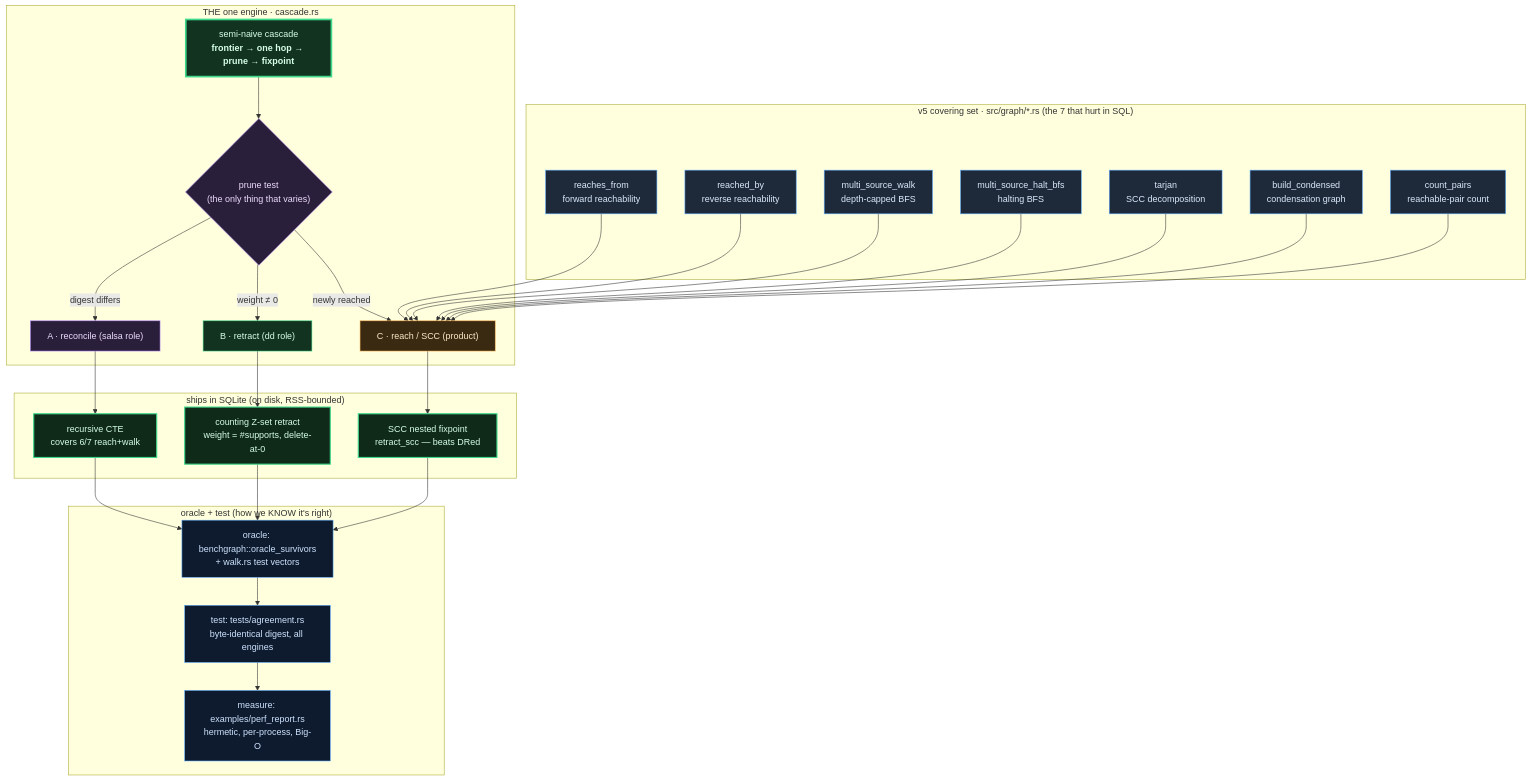
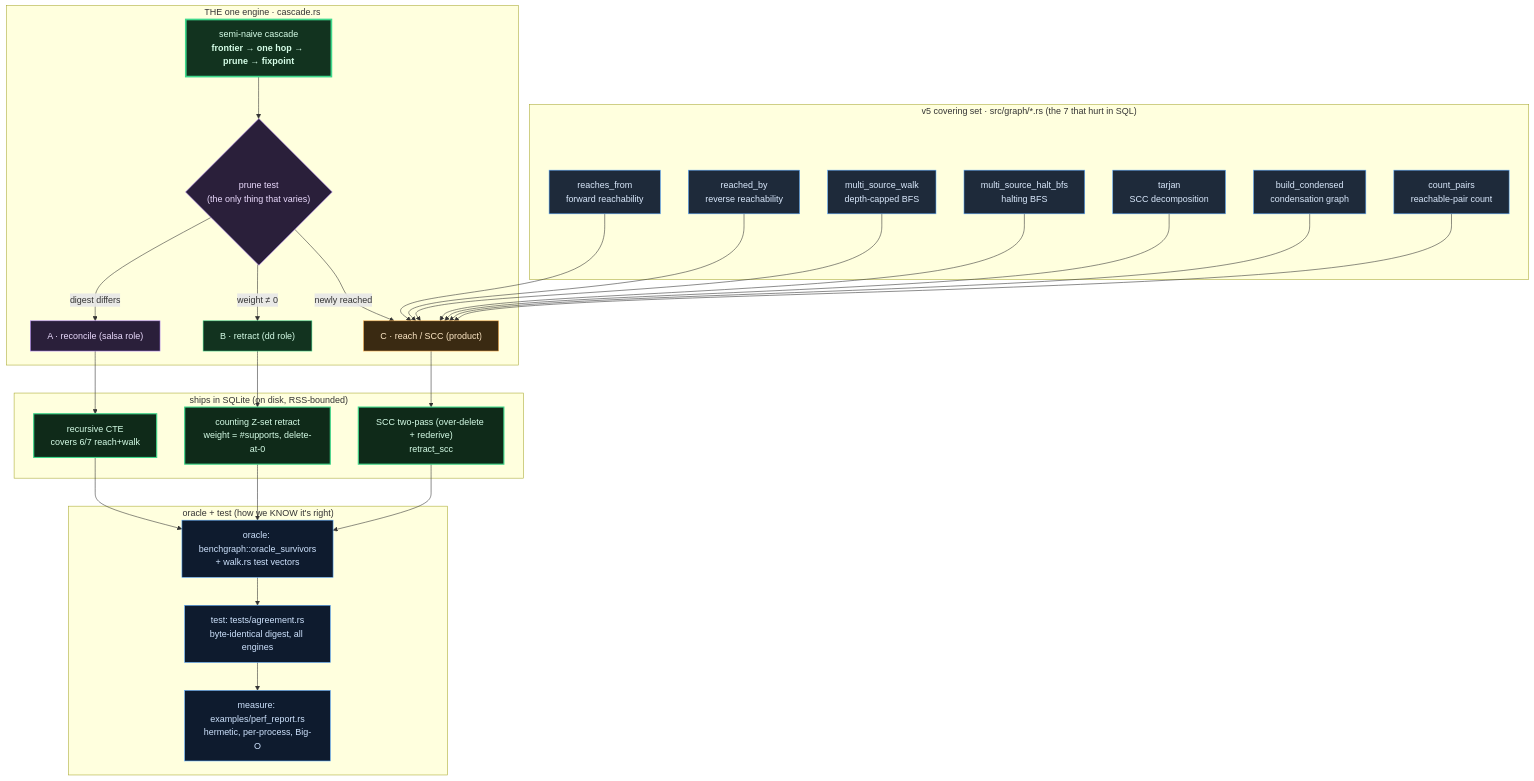
The first of 3 diagrams in v6/MAP.md (hafley66/sprefa), drawn with Mermaid before and after one commit. The commit also changed other lines of this file and 7574 other files, not shown here.

````diff
--- a/v6/MAP.md
+++ b/v6/MAP.md
@@ -46,51 +46,51 @@
 ```mermaid
 flowchart TB
     subgraph V5["v5 covering set · src/graph/*.rs (the 7 that hurt in SQL)"]
         f1["reaches_from<br/>forward reachability"]:::fn
         f2["reached_by<br/>reverse reachability"]:::fn
         f3["multi_source_walk<br/>depth-capped BFS"]:::fn
         f4["multi_source_halt_bfs<br/>halting BFS"]:::fn
         f5["tarjan<br/>SCC decomposition"]:::fn
         f6["build_condensed<br/>condensation graph"]:::fn
         f7["count_pairs<br/>reachable-pair count"]:::fn
     end
 
     subgraph ENG["THE one engine · cascade.rs"]
         CAS["semi-naive cascade<br/><b>frontier → one hop → prune → fixpoint</b>"]:::eng
         PR{"prune test<br/>(the only thing that varies)"}:::ctl
         CAS --> PR
         PR -->|digest differs| PA["A · reconcile (salsa role)"]:::ctlN
         PR -->|weight ≠ 0| PB["B · retract (dd role)"]:::factN
         PR -->|newly reached| PC["C · reach / SCC (product)"]:::reachN
     end
 
     subgraph SHIP["ships in SQLite (on disk, RSS-bounded)"]
         s1["recursive CTE<br/>covers 6/7 reach+walk"]:::win
         s2["counting Z-set retract<br/>weight = #supports, delete-at-0"]:::win
-        s3["SCC nested fixpoint<br/>retract_scc — beats DRed"]:::win
+        s3["SCC two-pass (over-delete + rederive)<br/>retract_scc"]:::win
     end
 
     subgraph CHK["oracle + test (how we KNOW it's right)"]
         O1["oracle: benchgraph::oracle_survivors<br/>+ walk.rs test vectors"]:::oracle
         T1["test: tests/agreement.rs<br/>byte-identical digest, all engines"]:::test
         M1["measure: examples/perf_report.rs<br/>hermetic, per-process, Big-O"]:::test
     end
 
     f1 & f2 & f3 & f4 --> PC
     f5 & f6 --> PC
     f7 --> PC
     PA --> s1
     PB --> s2
     PC --> s3
     s1 & s2 & s3 --> O1 --> T1 --> M1
 
     classDef fn fill:#1e2a3a,stroke:#5aa9ff,color:#dbeafe;
     classDef eng fill:#12331f,stroke:#3fd88b,color:#d7ffe9,stroke-width:3px;
     classDef ctl fill:#2a1f3a,stroke:#b98cff,color:#ecdcff;
     classDef ctlN fill:#2a1f3a,stroke:#b98cff,color:#ecdcff;
     classDef factN fill:#12331f,stroke:#3fd88b,color:#d7ffe9;
     classDef reachN fill:#3a2a12,stroke:#ffb454,color:#ffe9c7;
     classDef win fill:#0f2a19,stroke:#3fd88b,color:#d7ffe9,stroke-width:2px;
     classDef oracle fill:#0e1b2e,stroke:#5aa9ff,color:#cfe4ff;
     classDef test fill:#0e1b2e,stroke:#5aa9ff,color:#cfe4ff,stroke-dasharray:0;
 ```
````
